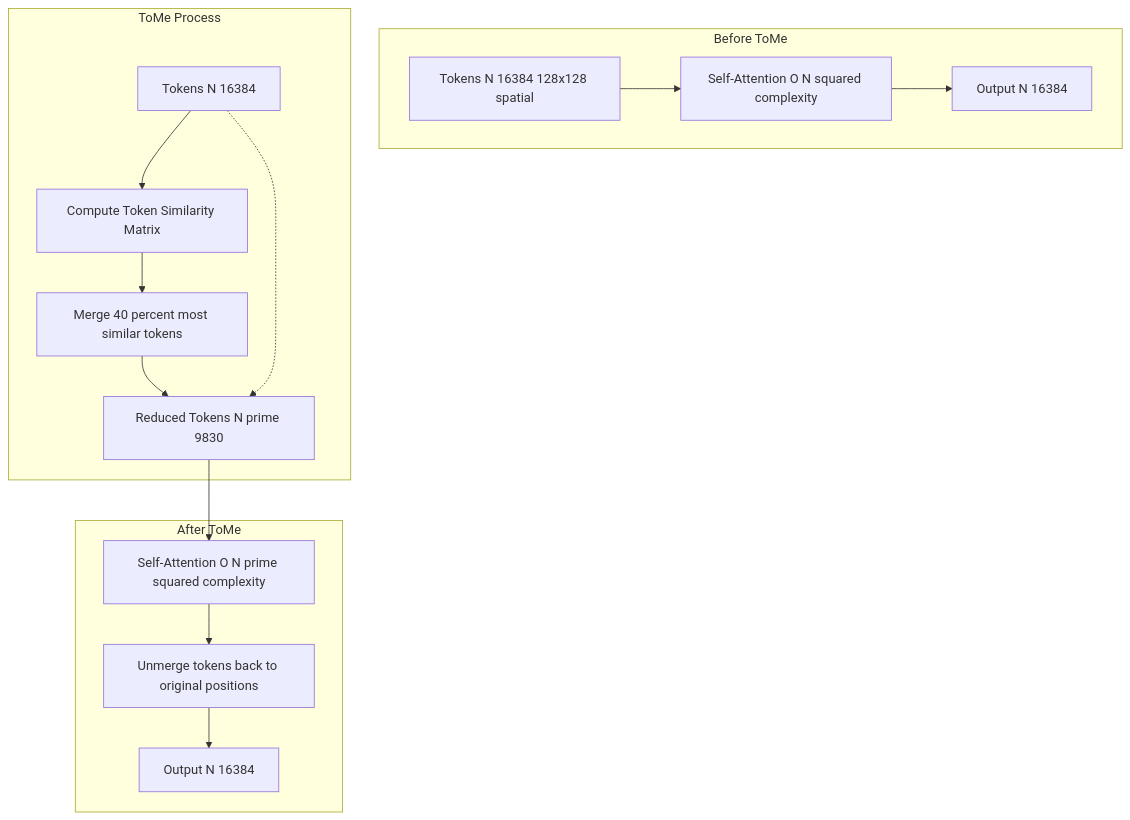
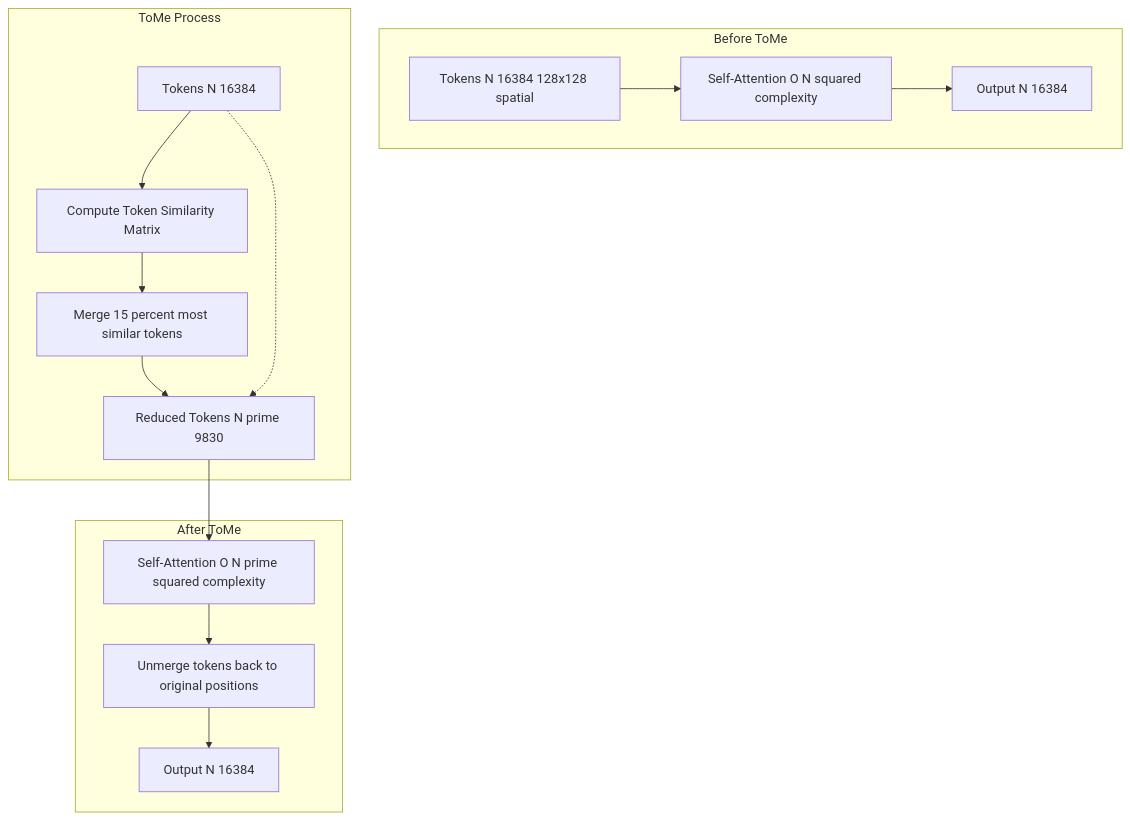
The tenth of 26 diagrams in Documentation.md (Abhyu-S/kortex-sdxl), drawn with Mermaid before and after one commit. The commit also changed other lines of this file, not shown here.

````diff
--- a/Documentation.md
+++ b/Documentation.md
@@ -468,21 +458,21 @@
 ```mermaid
 flowchart TD
     subgraph Before ToMe
         T1["Tokens N 16384 128x128 spatial"] --> Attn1[Self-Attention O N squared complexity]
         Attn1 --> Out1["Output N 16384"]
     end
     
     subgraph ToMe Process
         T2["Tokens N 16384"] --> Sim[Compute Token Similarity Matrix]
-        Sim --> Merge["Merge 40 percent most similar tokens"]
+        Sim --> Merge["Merge 15 percent most similar tokens"]
         Merge --> T3["Reduced Tokens N prime 9830"]
     end
     
     subgraph After ToMe
         T3 --> Attn2[Self-Attention O N prime squared complexity]
         Attn2 --> Unmerge[Unmerge tokens back to original positions]
         Unmerge --> Out2["Output N 16384"]
     end
     
     T2 -.-> T3
 ```
````
